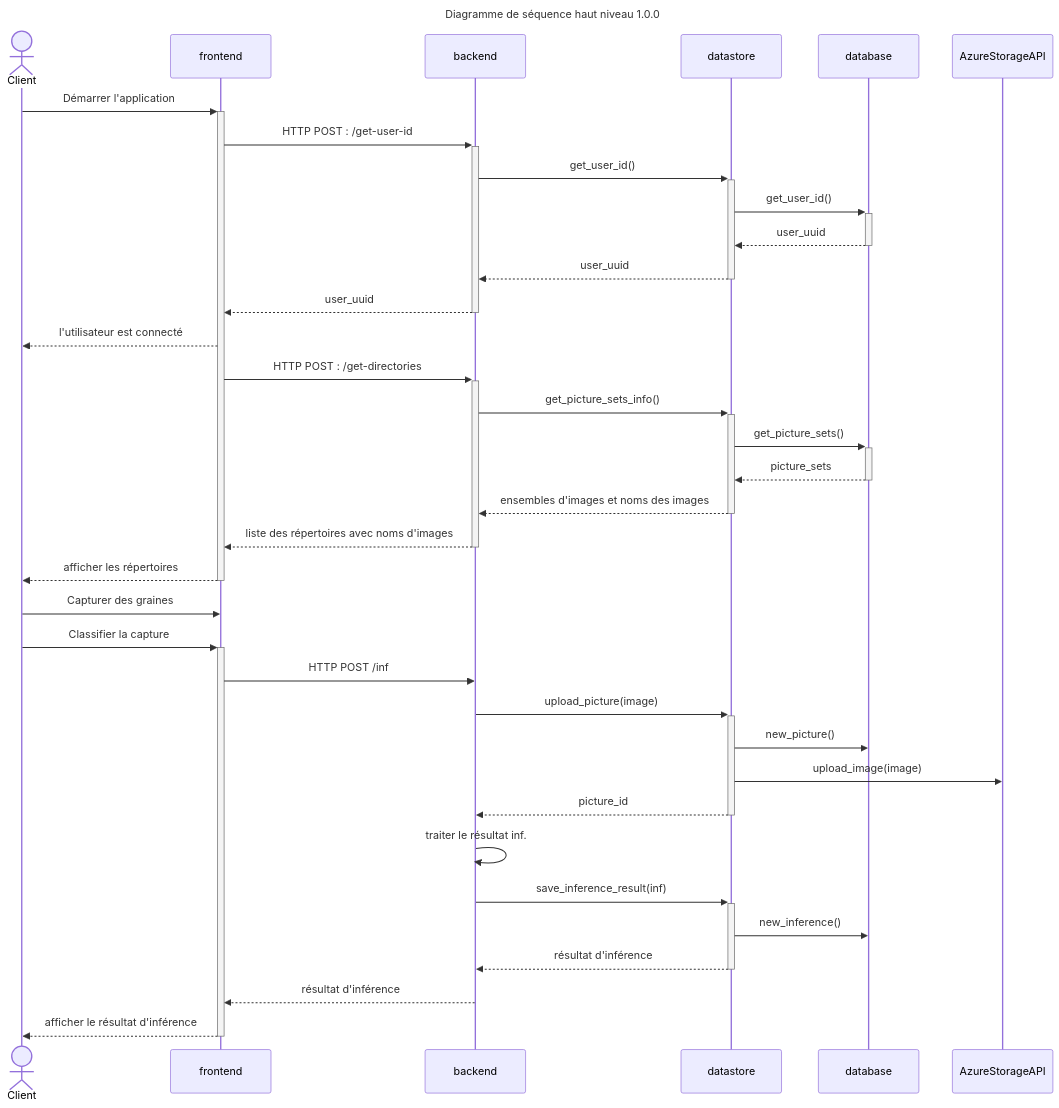
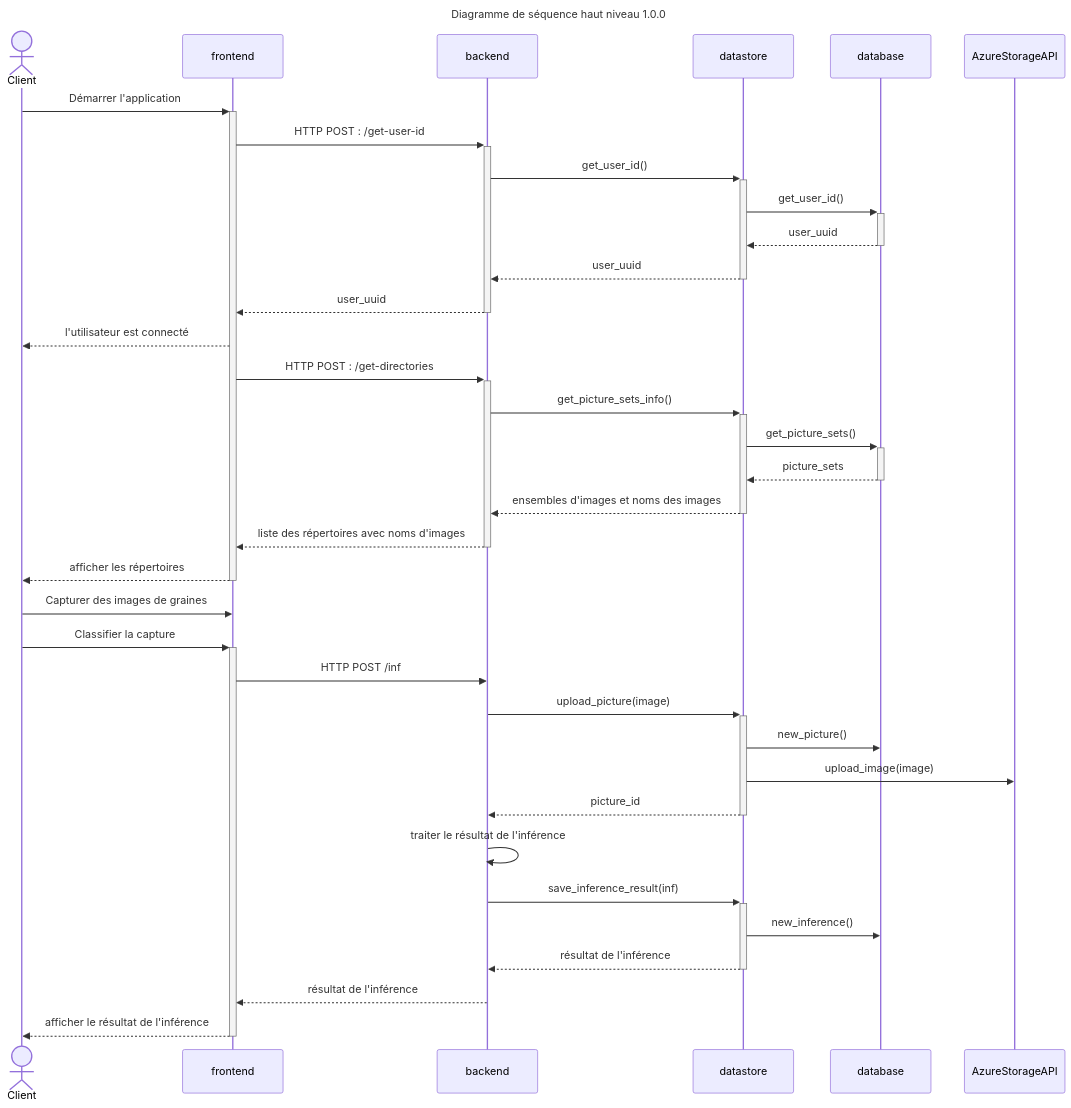
Before and after one commit to ai-cfia/nachet-backend: the second of 2 diagrams in README.md, drawn with Mermaid. The commit also changed other lines of this file and 6 other files, not shown here.

````diff
--- a/README.md
+++ b/README.md
@@ -158,40 +154,40 @@
 ```mermaid
 sequenceDiagram
 
   title: Diagramme de séquence haut niveau 1.0.0
   actor Client
   participant frontend
   participant backend
   participant datastore
   participant database
   participant AzureStorageAPI
 
 Client->>+frontend: Démarrer l'application
 frontend->>+backend: HTTP POST : /get-user-id
 backend->>+datastore: get_user_id()
 datastore->>+database: get_user_id()
 database-->>-datastore: user_uuid
 datastore-->>-backend: user_uuid
 backend-->>-frontend: user_uuid
 frontend-->>Client: l'utilisateur est connecté
 frontend->>+backend: HTTP POST : /get-directories
 backend->>+datastore: get_picture_sets_info()
 datastore->>+database: get_picture_sets()
 database-->>-datastore: picture_sets
 datastore-->>-backend: ensembles d'images et noms des images
 backend-->>-frontend: liste des répertoires avec noms d'images
 frontend-->>-Client: afficher les répertoires
-Client->>frontend: Capturer des graines
+Client->>frontend: Capturer des images de graines
 Client->>+frontend: Classifier la capture
 frontend->>backend: HTTP POST /inf
 backend->>+datastore: upload_picture(image)
 datastore->>database: new_picture()
 datastore->>AzureStorageAPI: upload_image(image)
 datastore-->>-backend: picture_id
-backend->>backend: traiter le résultat inf.
+backend->>backend: traiter le résultat de l'inférence
 backend->>+datastore: save_inference_result(inf)
 datastore->>database: new_inference()
-datastore-->>-backend: résultat d'inférence
-backend-->>frontend: résultat d'inférence
-frontend-->>-Client: afficher le résultat d'inférence
+datastore-->>-backend: résultat de l'inférence
+backend-->>frontend: résultat de l'inférence
+frontend-->>-Client: afficher le résultat de l'inférence
 ```
````
